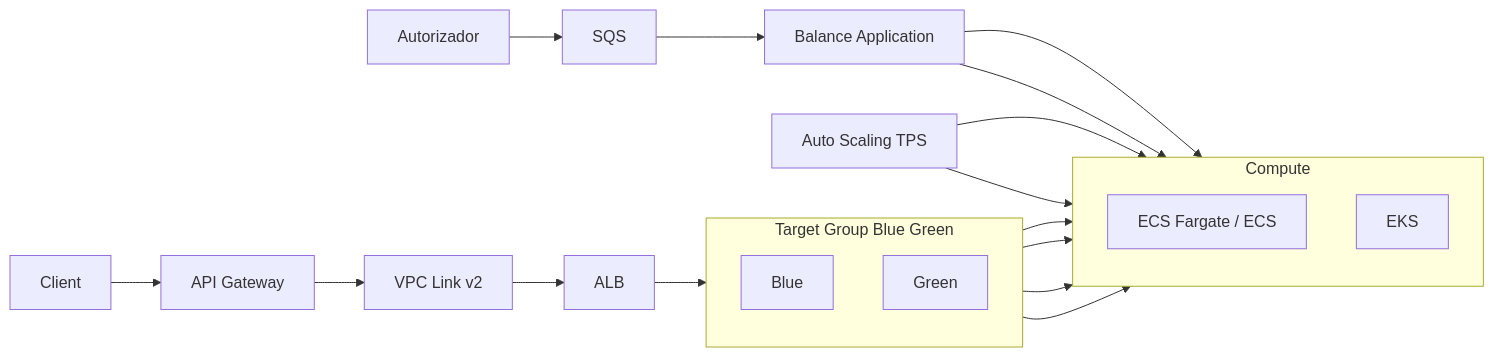
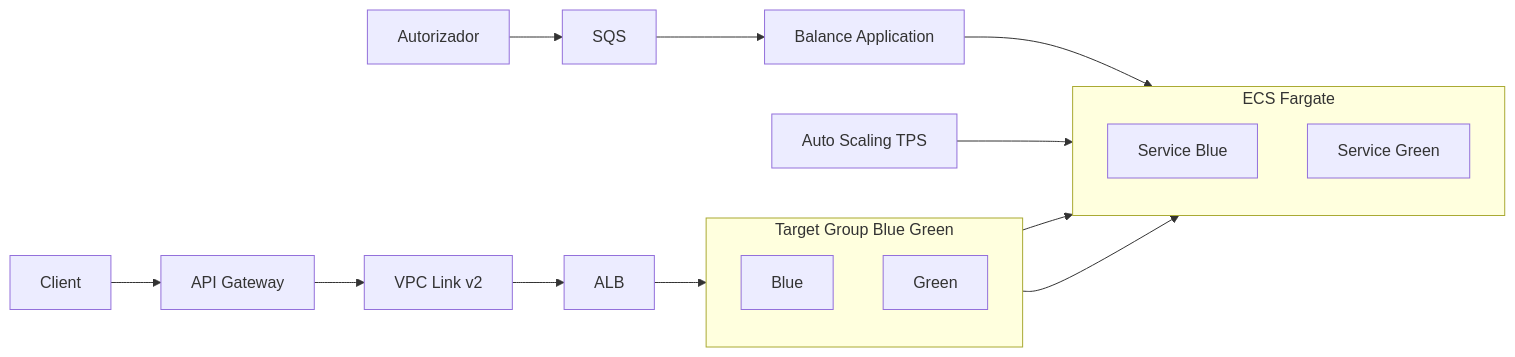
One commit to eyaol/Balance-application changed the diagram in README.md. Above: the diagram before and after it, drawn with Mermaid. The commit also changed other lines of this file, not shown here.

````diff
--- a/README.md
+++ b/README.md
@@ -100,34 +100,30 @@
 ```mermaid
 flowchart LR
   client[Client] --> apigw[API Gateway]
   apigw --> vpclink[VPC Link v2]
   vpclink --> alb[ALB]
 
   subgraph tg[Target Group Blue Green]
     direction TB
     tg_blue[Blue]
     tg_green[Green]
   end
 
   alb --> tg
 
-  subgraph compute[Compute]
+  subgraph ecsf[ECS Fargate]
     direction TB
-    ecs[ECS Fargate / ECS]
-    eks[EKS]
+    svc_blue[Service Blue]
+    svc_green[Service Green]
   end
 
-  tg_blue --> ecs
-  tg_green --> ecs
-  tg_blue --> eks
-  tg_green --> eks
+  tg_blue --> svc_blue
+  tg_green --> svc_green
 
   auth[Autorizador] --> sqs[SQS]
   sqs --> app[Balance Application]
 
-  app --> ecs
-  app --> eks
+  app --> ecsf
 
-  scaling[Auto Scaling TPS] --> ecs
-  scaling --> eks
+  scaling[Auto Scaling TPS] --> ecsf
 ```
````
